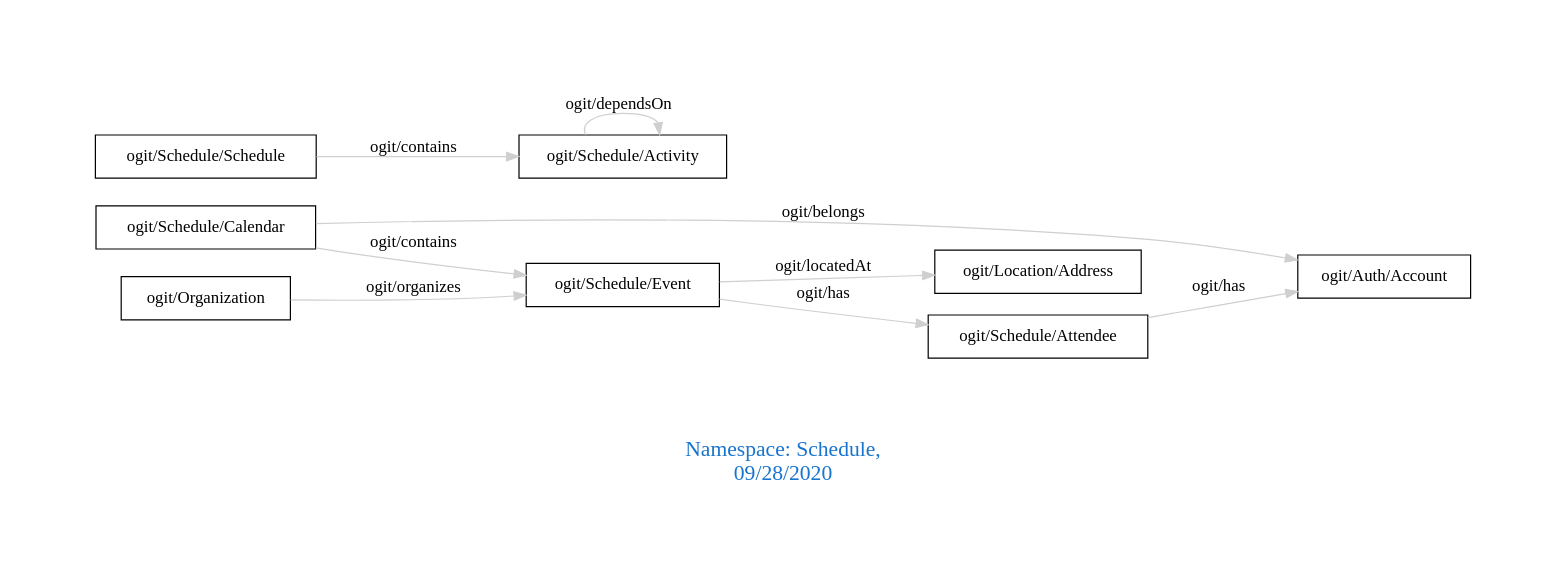
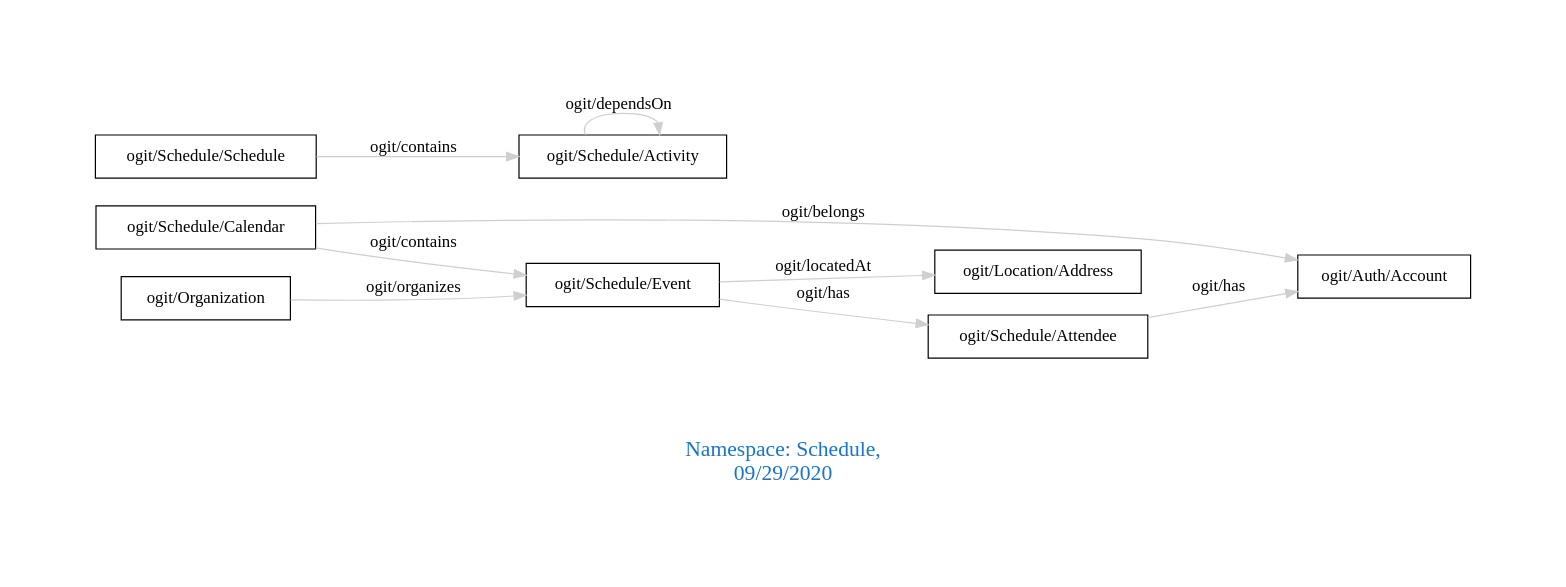
One commit to arago/OGIT changed the diagram in downloads/Schedule.dot. Above: the diagram before and after it, drawn with Graphviz. The commit also changed 1818 other files, not shown here.

```diff
--- a/downloads/Schedule.dot
+++ b/downloads/Schedule.dot
@@ -1,16 +1,16 @@
 digraph OGIT_ontology {
  graph [ rankdir= LR,pad=1 
 fontsize = 18,
-fontcolor= dodgerblue3,label = "\n\n\nNamespace: Schedule, \n 09/28/2020"];
+fontcolor= dodgerblue3,label = "\n\n\nNamespace: Schedule, \n 09/29/2020"];
 node[shape=polygon];
 edge [  color="gray81"];
 
    "ogit/Schedule/Calendar" -> "ogit/Schedule/Event" [label="   ogit/contains    "];
    "ogit/Schedule/Schedule" -> "ogit/Schedule/Activity" [label="   ogit/contains    "];
    "ogit/Schedule/Event" -> "ogit/Location/Address" [label="   ogit/locatedAt    "];
    "ogit/Organization" -> "ogit/Schedule/Event" [label="   ogit/organizes    "];
    "ogit/Schedule/Calendar" -> "ogit/Auth/Account" [label="   ogit/belongs    "];
    "ogit/Schedule/Attendee" -> "ogit/Auth/Account" [label="   ogit/has    "];
    "ogit/Schedule/Event" -> "ogit/Schedule/Attendee" [label="   ogit/has    "];
    "ogit/Schedule/Activity" -> "ogit/Schedule/Activity" [label="   ogit/dependsOn    "];
 }
```
